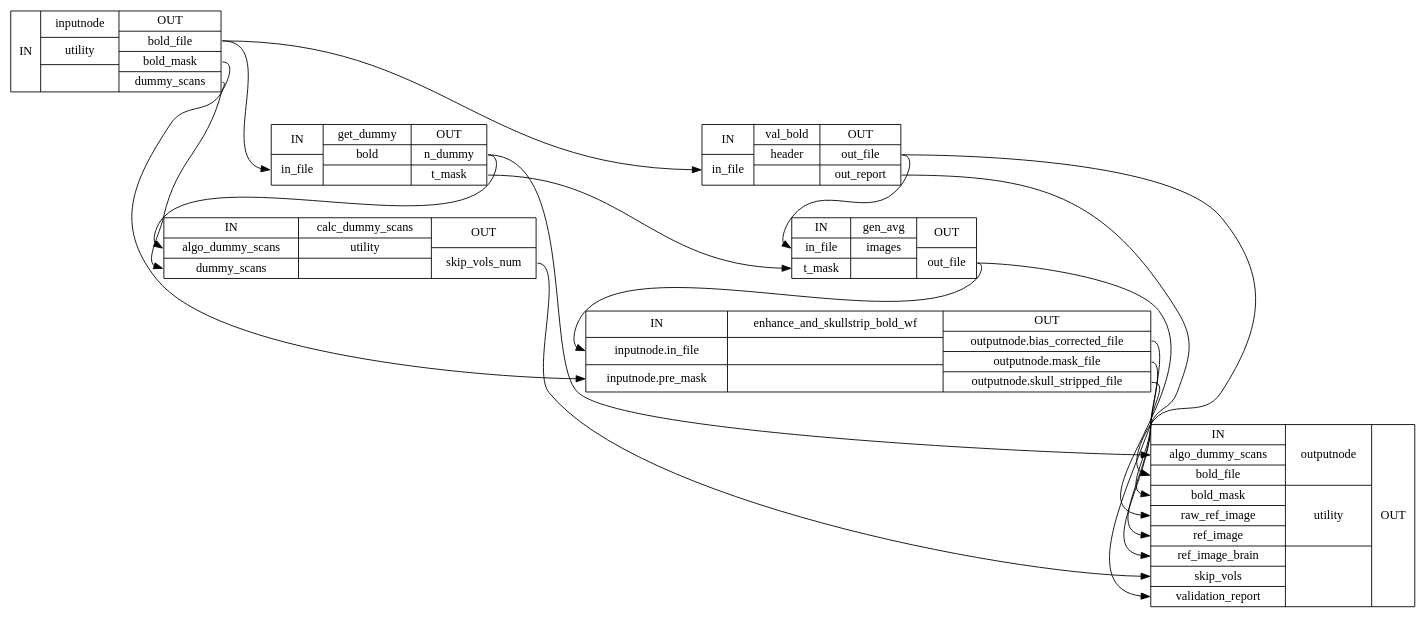
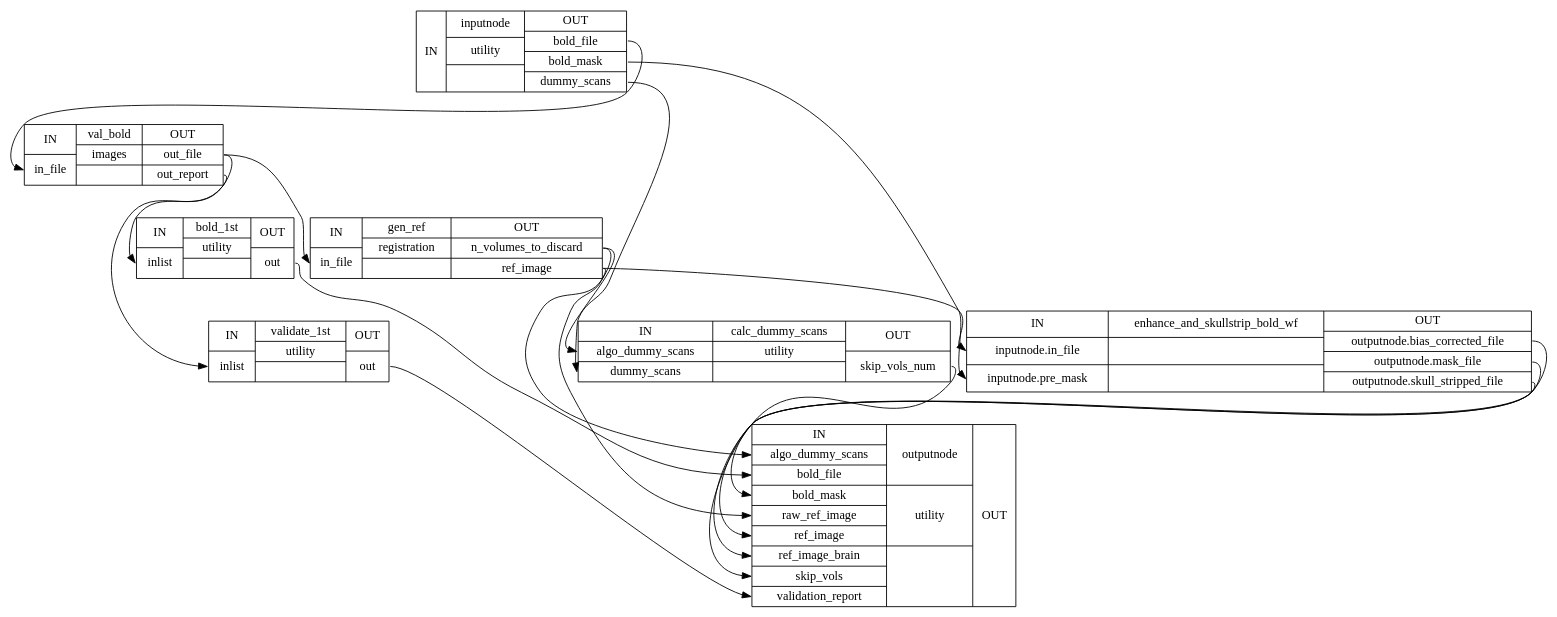
The diagram in 1.1.6/wf_directive/api/bold_reference_wf/niworkflows-func-util-1_detailed.dot (eilidhmacnicol/niworkflows), drawn with Graphviz before and after one commit. The commit also changed 12703 other files, not shown here.

```diff
--- a/1.1.6/wf_directive/api/bold_reference_wf/niworkflows-func-util-1_detailed.dot
+++ b/1.1.6/wf_directive/api/bold_reference_wf/niworkflows-func-util-1_detailed.dot
@@ -1,26 +1,27 @@
 digraph structs {
 node [shape=record];
 bold_reference_wfinputnode [label="{IN}|{ inputnode | utility |  }|{OUT|<outboldfile> bold_file|<outboldmask> bold_mask|<outdummyscans> dummy_scans}"];
-bold_reference_wfget_dummy [label="{IN|<ininfile> in_file}|{ get_dummy | bold |  }|{OUT|<outndummy> n_dummy|<outtmask> t_mask}"];
+bold_reference_wfval_bold [label="{IN|<ininfile> in_file}|{ val_bold | images |  }|{OUT|<outoutfile> out_file|<outoutreport> out_report}"];
+bold_reference_wfvalidate_1st [label="{IN|<ininlist> inlist}|{ validate_1st | utility |  }|{OUT|<outout> out}"];
+bold_reference_wfbold_1st [label="{IN|<ininlist> inlist}|{ bold_1st | utility |  }|{OUT|<outout> out}"];
+bold_reference_wfgen_ref [label="{IN|<ininfile> in_file}|{ gen_ref | registration |  }|{OUT|<outnvolumestodiscard> n_volumes_to_discard|<outrefimage> ref_image}"];
 bold_reference_wfcalc_dummy_scans [label="{IN|<inalgodummyscans> algo_dummy_scans|<indummyscans> dummy_scans}|{ calc_dummy_scans | utility |  }|{OUT|<outskipvolsnum> skip_vols_num}"];
-bold_reference_wfval_bold [label="{IN|<ininfile> in_file}|{ val_bold | header |  }|{OUT|<outoutfile> out_file|<outoutreport> out_report}"];
-bold_reference_wfgen_avg [label="{IN|<ininfile> in_file|<intmask> t_mask}|{ gen_avg | images |  }|{OUT|<outoutfile> out_file}"];
 bold_reference_wfenhance_and_skullstrip_bold_wf [label="{IN|<ininputnodeinfile> inputnode.in_file|<ininputnodepremask> inputnode.pre_mask}|{ enhance_and_skullstrip_bold_wf |  |  }|{OUT|<outoutputnodebiascorrectedfile> outputnode.bias_corrected_file|<outoutputnodemaskfile> outputnode.mask_file|<outoutputnodeskullstrippedfile> outputnode.skull_stripped_file}"];
 bold_reference_wfoutputnode [label="{IN|<inalgodummyscans> algo_dummy_scans|<inboldfile> bold_file|<inboldmask> bold_mask|<inrawrefimage> raw_ref_image|<inrefimage> ref_image|<inrefimagebrain> ref_image_brain|<inskipvols> skip_vols|<invalidationreport> validation_report}|{ outputnode | utility |  }|{OUT}"];
+bold_reference_wfbold_1st:outout:e -> bold_reference_wfoutputnode:inboldfile:w;
 bold_reference_wfcalc_dummy_scans:outskipvolsnum:e -> bold_reference_wfoutputnode:inskipvols:w;
 bold_reference_wfenhance_and_skullstrip_bold_wf:outoutputnodebiascorrectedfile:e -> bold_reference_wfoutputnode:inrefimage:w;
 bold_reference_wfenhance_and_skullstrip_bold_wf:outoutputnodemaskfile:e -> bold_reference_wfoutputnode:inboldmask:w;
 bold_reference_wfenhance_and_skullstrip_bold_wf:outoutputnodeskullstrippedfile:e -> bold_reference_wfoutputnode:inrefimagebrain:w;
-bold_reference_wfgen_avg:outoutfile:e -> bold_reference_wfenhance_and_skullstrip_bold_wf:ininputnodeinfile:w;
-bold_reference_wfgen_avg:outoutfile:e -> bold_reference_wfoutputnode:inrawrefimage:w;
-bold_reference_wfget_dummy:outndummy:e -> bold_reference_wfcalc_dummy_scans:inalgodummyscans:w;
-bold_reference_wfget_dummy:outndummy:e -> bold_reference_wfoutputnode:inalgodummyscans:w;
-bold_reference_wfget_dummy:outtmask:e -> bold_reference_wfgen_avg:intmask:w;
-bold_reference_wfinputnode:outboldfile:e -> bold_reference_wfget_dummy:ininfile:w;
+bold_reference_wfgen_ref:outnvolumestodiscard:e -> bold_reference_wfcalc_dummy_scans:inalgodummyscans:w;
+bold_reference_wfgen_ref:outnvolumestodiscard:e -> bold_reference_wfoutputnode:inalgodummyscans:w;
+bold_reference_wfgen_ref:outrefimage:e -> bold_reference_wfenhance_and_skullstrip_bold_wf:ininputnodeinfile:w;
+bold_reference_wfgen_ref:outrefimage:e -> bold_reference_wfoutputnode:inrawrefimage:w;
 bold_reference_wfinputnode:outboldfile:e -> bold_reference_wfval_bold:ininfile:w;
 bold_reference_wfinputnode:outboldmask:e -> bold_reference_wfenhance_and_skullstrip_bold_wf:ininputnodepremask:w;
 bold_reference_wfinputnode:outdummyscans:e -> bold_reference_wfcalc_dummy_scans:indummyscans:w;
-bold_reference_wfval_bold:outoutfile:e -> bold_reference_wfgen_avg:ininfile:w;
-bold_reference_wfval_bold:outoutfile:e -> bold_reference_wfoutputnode:inboldfile:w;
-bold_reference_wfval_bold:outoutreport:e -> bold_reference_wfoutputnode:invalidationreport:w;
+bold_reference_wfval_bold:outoutfile:e -> bold_reference_wfbold_1st:ininlist:w;
+bold_reference_wfval_bold:outoutfile:e -> bold_reference_wfgen_ref:ininfile:w;
+bold_reference_wfval_bold:outoutreport:e -> bold_reference_wfvalidate_1st:ininlist:w;
+bold_reference_wfvalidate_1st:outout:e -> bold_reference_wfoutputnode:invalidationreport:w;
 }
```
